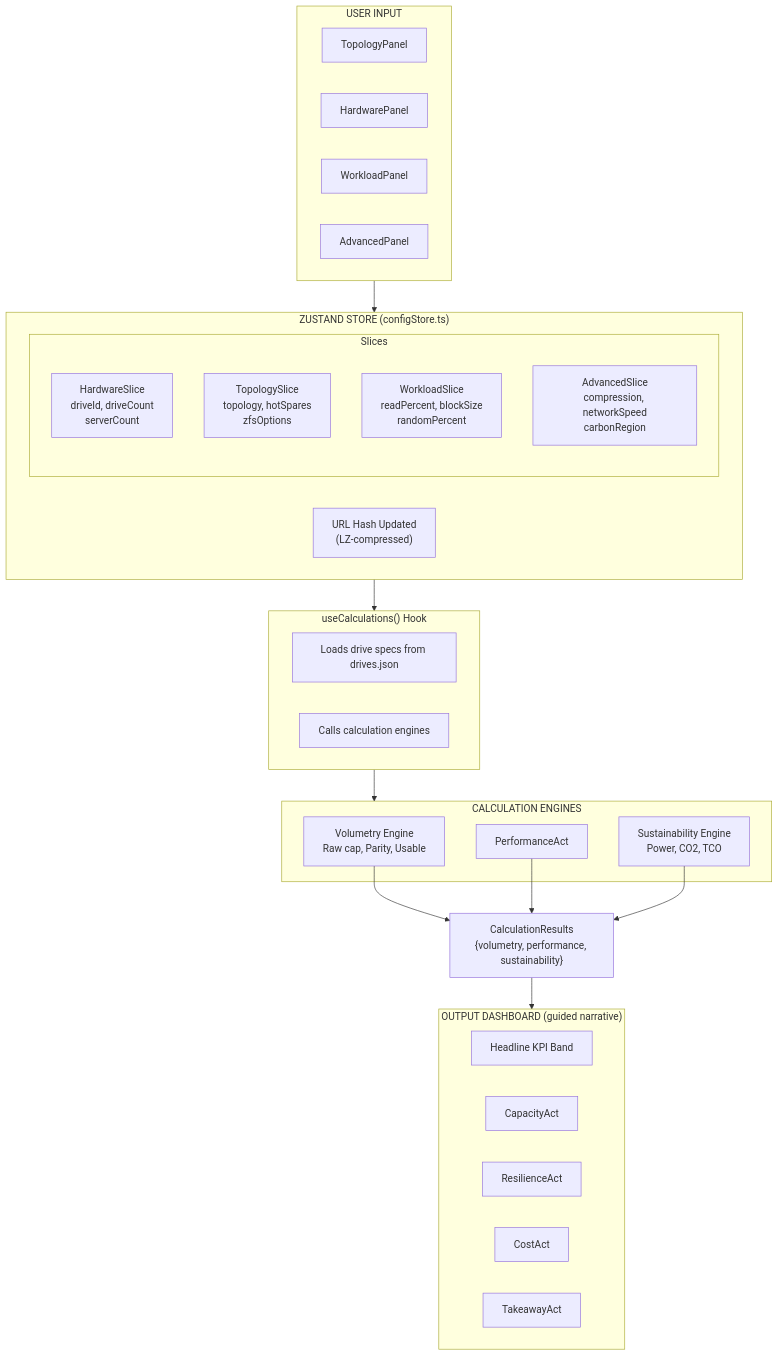
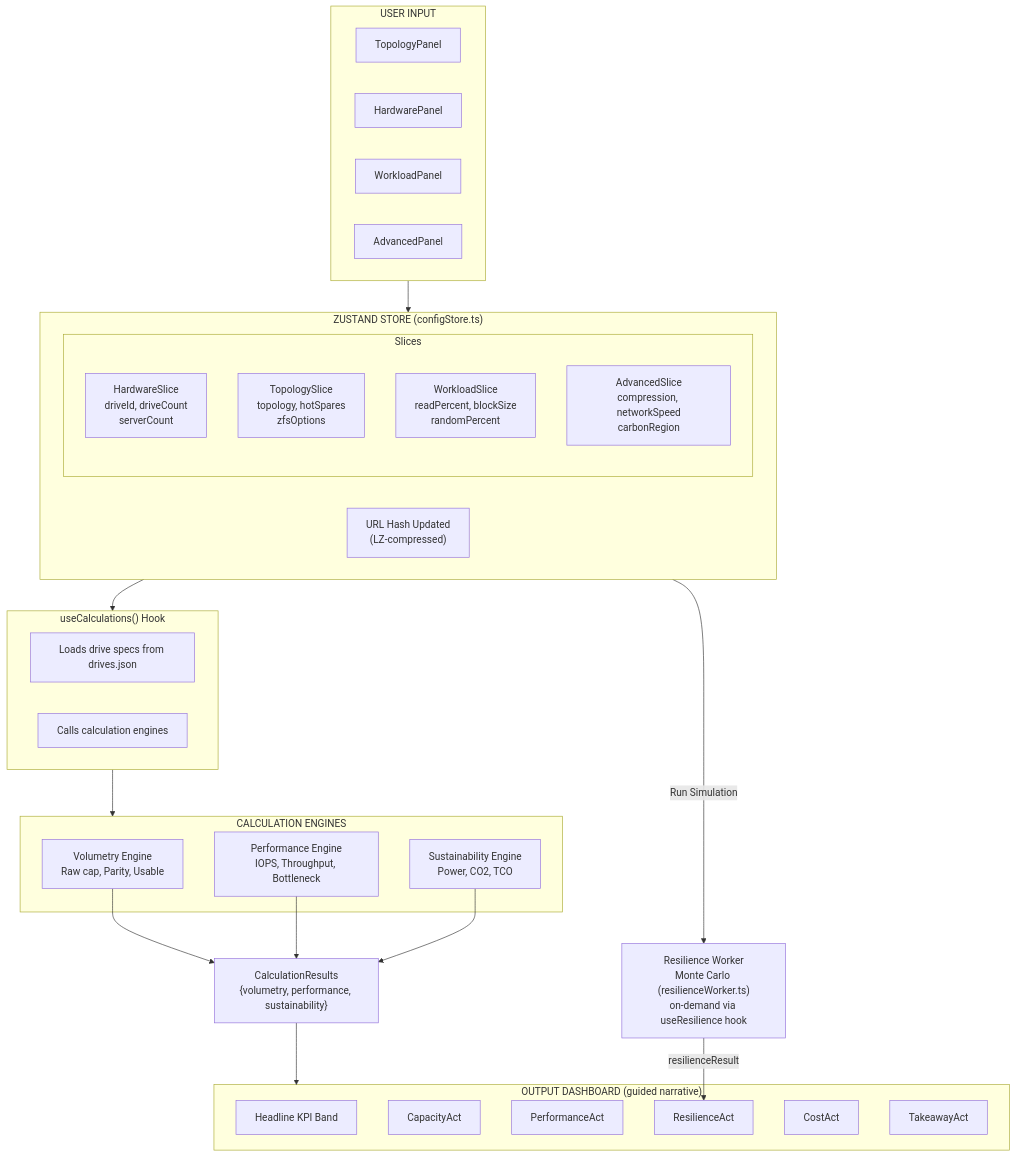
One commit to fjacquet/raidy changed the first of 3 diagrams in docs/ARCHITECTURE.md. Above: the diagram before and after it, drawn with Mermaid. The commit also changed 2 other files, not shown here.

Commit message:
fix(review): address CodeRabbit PR #55 comments
- ProgressBar: guard against max===0 (avoid NaN width)
- ResilienceAct: key recommendations on full string (fixes 30-char-slice
  collision; satisfies Biome noArrayIndexKey — CodeRabbit's index suggestion
  would fail the project's own lint gate)
- ResilienceAct: locale-aware iteration counts via formatNumber (Swiss
  apostrophe) instead of hardcoded '1,000'/'10,000'
- ARCHITECTURE.md: add on-demand resilience worker path to the data-flow
  diagram; fix pre-existing Mermaid node-id collision (Perf defined twice)

Claude-Session: https://claude.ai/code/session_01NajAu9ATbuoWZBs8VwxSQx

````diff
--- a/docs/ARCHITECTURE.md
+++ b/docs/ARCHITECTURE.md
@@ -80,49 +80,53 @@
 ```mermaid
 flowchart TB
     subgraph Input["USER INPUT"]
         TopologyPanel
         HardwarePanel
         WorkloadPanel
         AdvancedPanel
     end
 
     subgraph Store["ZUSTAND STORE (configStore.ts)"]
         subgraph Slices
             HW["HardwareSlice<br/>driveId, driveCount<br/>serverCount"]
             TP["TopologySlice<br/>topology, hotSpares<br/>zfsOptions"]
             WL["WorkloadSlice<br/>readPercent, blockSize<br/>randomPercent"]
             AD["AdvancedSlice<br/>compression, networkSpeed<br/>carbonRegion"]
         end
         URL["URL Hash Updated<br/>(LZ-compressed)"]
     end
 
     subgraph Calc["useCalculations() Hook"]
         Load["Loads drive specs from drives.json"]
         Call["Calls calculation engines"]
     end
 
     subgraph Engines["CALCULATION ENGINES"]
         Vol["Volumetry Engine<br/>Raw cap, Parity, Usable"]
         Perf["Performance Engine<br/>IOPS, Throughput, Bottleneck"]
         Sust["Sustainability Engine<br/>Power, CO2, TCO"]
     end
 
+    Resil["Resilience Worker<br/>Monte Carlo (resilienceWorker.ts)<br/>on-demand via useResilience hook"]
+
     Results["CalculationResults<br/>{volumetry, performance, sustainability}"]
 
     subgraph Dashboard["OUTPUT DASHBOARD (guided narrative)"]
         Headline["Headline KPI Band"]
         Cap["CapacityAct"]
-        Perf["PerformanceAct"]
+        PerfAct["PerformanceAct"]
         Res["ResilienceAct"]
         Cost["CostAct"]
         Take["TakeawayAct"]
     end
 
     Input --> Store
     Store --> Calc
     Calc --> Engines
     Vol --> Results
     Perf --> Results
     Sust --> Results
     Results --> Dashboard
+    Store -->|"Run Simulation"| Resil
+    Resil -->|"resilienceResult"| Res
 ```
````
